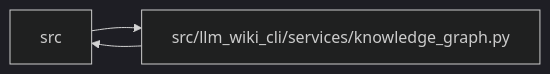
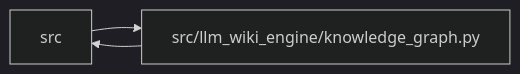
One commit to Denissvgn/python-wiki-llm changed the diagram in docs/llm_wiki/modules/knowledge_graph.md. Above: the diagram before and after it, drawn with Mermaid (dark theme). The commit also changed other lines of this file and 1103 other files, not shown here.

First line of the commit message:
docs: refresh the wiki for the llm-wiki-engine distribution

````diff
--- a/docs/llm_wiki/modules/knowledge_graph.md
+++ b/docs/llm_wiki/modules/knowledge_graph.md
@@ -43,8 +43,8 @@
 ```mermaid
 flowchart LR
     n0["src"]
-    n1["src/llm_wiki_cli/services/knowledge_graph.py"]
+    n1["src/llm_wiki_engine/knowledge_graph.py"]
     n0 --> n1
     n1 --> n0
     click n1 "../modules/knowledge_graph.md"
 ```
````
